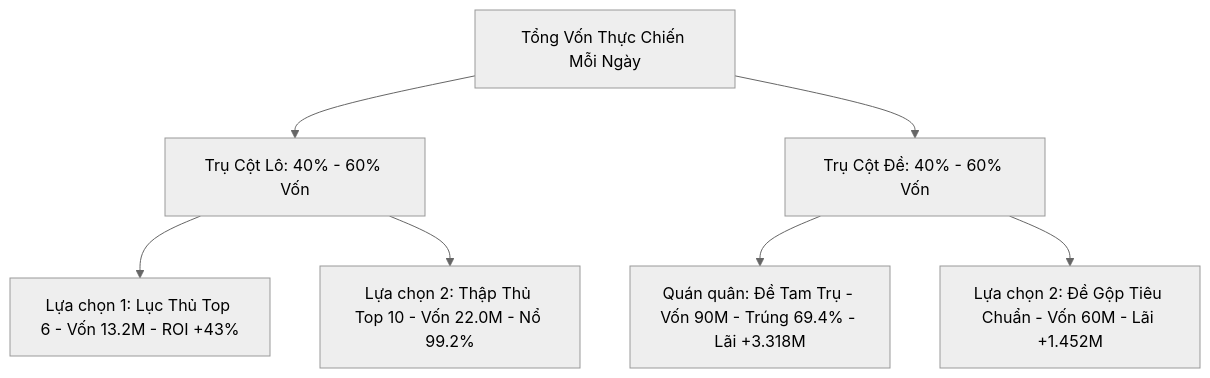
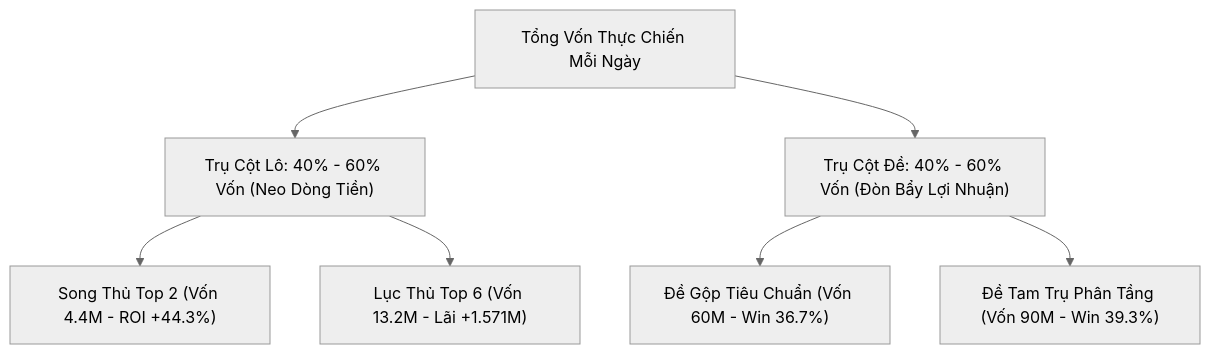
One commit to chungtvvn/lottery-vercel changed the diagram in .agents/skills/lottery-predictive-intelligence/references/COMPREHENSIVE_LOTTERY_METHODS_CATALOG.md. Above: the diagram before and after it, drawn with Mermaid (neutral theme). The commit also changed other lines of this file and 8 other files, not shown here.

````diff
--- a/.agents/skills/lottery-predictive-intelligence/references/COMPREHENSIVE_LOTTERY_METHODS_CATALOG.md
+++ b/.agents/skills/lottery-predictive-intelligence/references/COMPREHENSIVE_LOTTERY_METHODS_CATALOG.md
@@ -117,11 +121,11 @@
 ```mermaid
 graph TD
-    V[Tổng Vốn Thực Chiến Mỗi Ngày] --> L[Trụ Cột Lô: 40% - 60% Vốn]
-    V --> D[Trụ Cột Đề: 40% - 60% Vốn]
+    V["Tổng Vốn Thực Chiến Mỗi Ngày"] --> L["Trụ Cột Lô: 40% - 60% Vốn (Neo Dòng Tiền)"]
+    V --> D["Trụ Cột Đề: 40% - 60% Vốn (Đòn Bẩy Lợi Nhuận)"]
     
-    L --> L6[Lựa chọn 1: Lục Thủ Top 6 - Vốn 13.2M - ROI +43%]
-    L --> L10[Lựa chọn 2: Thập Thủ Top 10 - Vốn 22.0M - Nổ 99.2%]
+    L --> L2["Song Thủ Top 2 (Vốn 4.4M - ROI +44.3%)"]
+    L --> L6["Lục Thủ Top 6 (Vốn 13.2M - Lãi +1.571M)"]
     
-    D --> D3[Quán quân: Đề Tam Trụ - Vốn 90M - Trúng 69.4% - Lãi +3.318M]
-    D --> D1[Lựa chọn 2: Đề Gộp Tiêu Chuẩn - Vốn 60M - Lãi +1.452M]
+    D --> D1["Đề Gộp Tiêu Chuẩn (Vốn 60M - Win 36.7%)"]
+    D --> D3["Đề Tam Trụ Phân Tầng (Vốn 90M - Win 39.3%)"]
 ```
````
